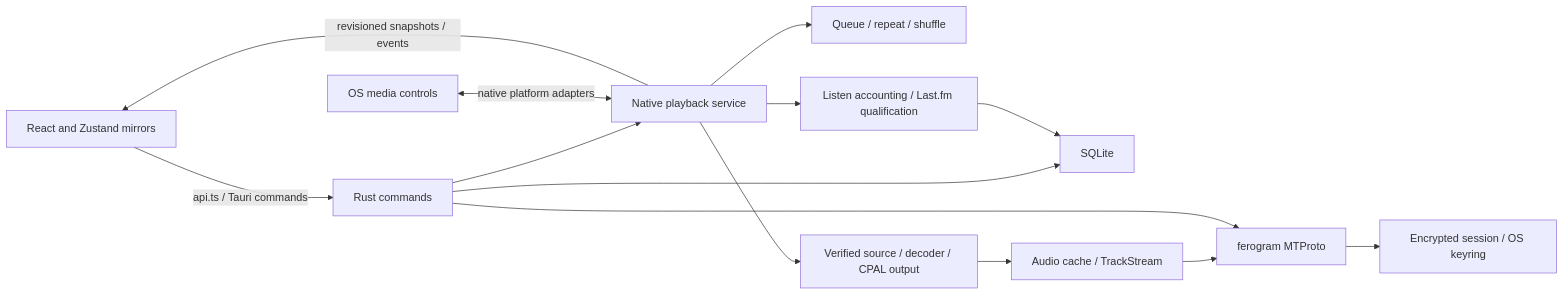
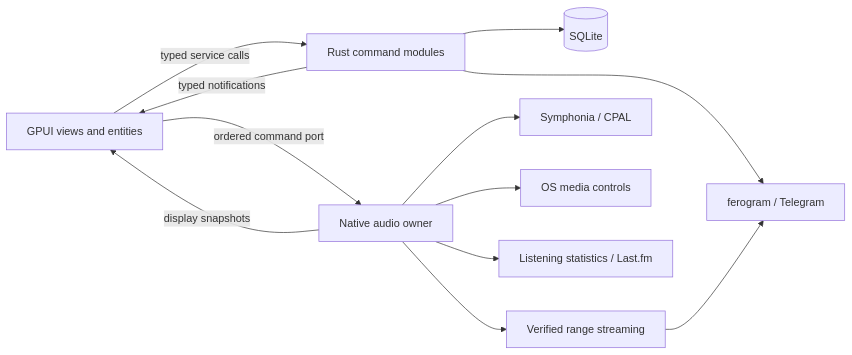
The diagram in docs/architecture.md (rastuhacode/soundgrammy), drawn with Mermaid before and after one commit. The commit also changed other lines of this file and 666 other files, not shown here.

Commit message:
feat!: migration from Tauri to GPUI

````diff
--- a/docs/architecture.md
+++ b/docs/architecture.md
@@ -5,16 +5,14 @@
 ```mermaid
 flowchart LR
-  UI[React and Zustand mirrors] -->|api.ts / Tauri commands| Cmds[Rust commands]
-  Cmds --> Player[Native playback service]
-  Player -->|revisioned snapshots / events| UI
-  OS[OS media controls] <-->|native platform adapters| Player
-  Player --> Queue[Queue / repeat / shuffle]
-  Player --> Audio[Verified source / decoder / CPAL output]
-  Player --> Activity[Listen accounting / Last.fm qualification]
-  Cmds --> Db[SQLite]
-  Activity --> Db
-  Audio --> Cache[Audio cache / TrackStream]
-  Cache --> Tg[ferogram MTProto]
-  Cmds --> Tg
-  Tg --> Session[Encrypted session / OS keyring]
+  UI[GPUI views and entities] -->|typed service calls| Commands[Rust command modules]
+  Commands --> DB[(SQLite)]
+  Commands --> TG[ferogram / Telegram]
+  UI -->|ordered command port| Audio[Native audio owner]
+  Audio --> Stream[Verified range streaming]
+  Stream --> TG
+  Audio --> Decoder[Symphonia / CPAL]
+  Audio --> Media[OS media controls]
+  Audio --> Stats[Listening statistics / Last.fm]
+  Commands -->|typed notifications| UI
+  Audio -->|display snapshots| UI
 ```
````
